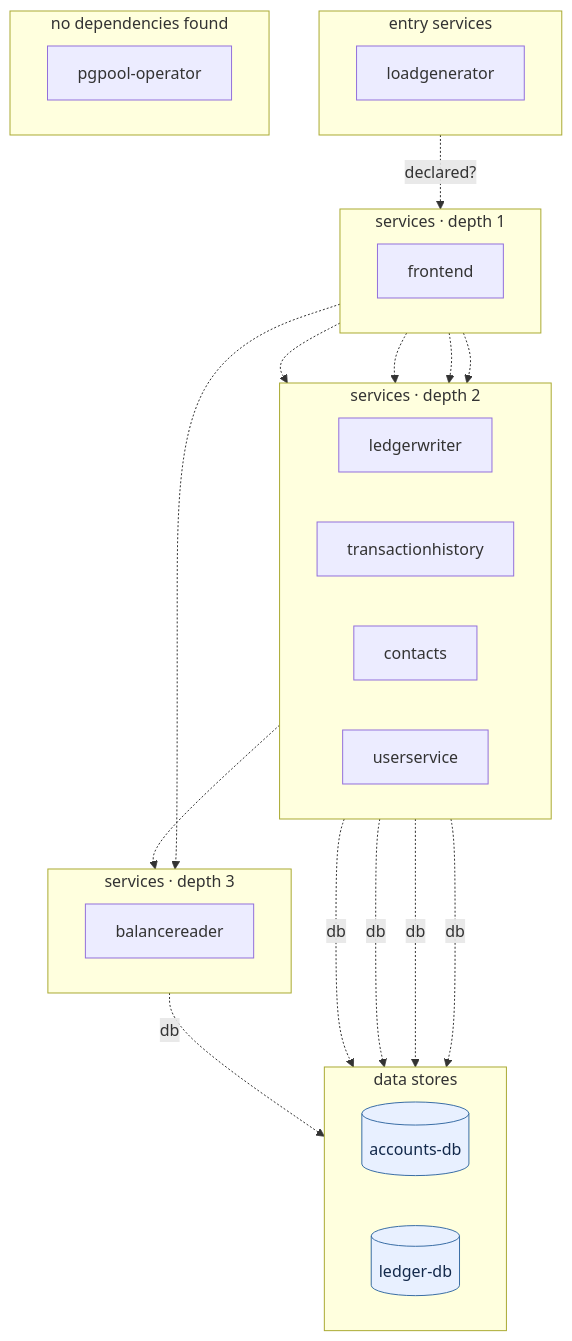
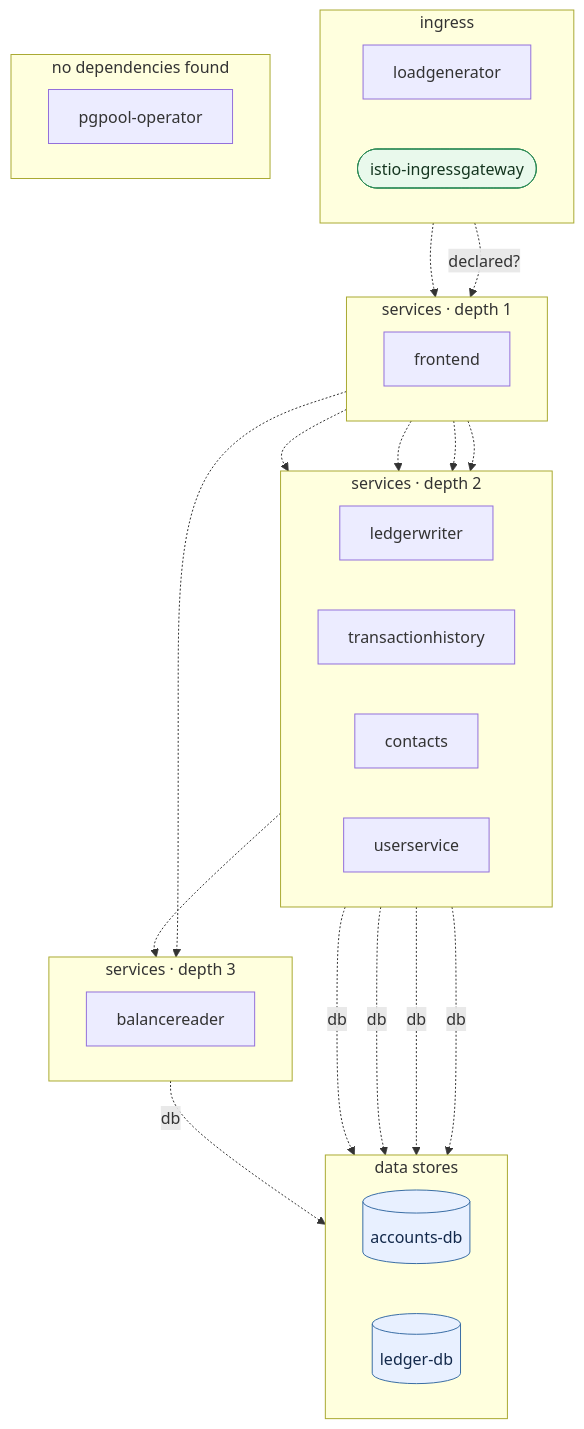
Before and after one commit to ANYuu531/ChatOps4Msa-Pipeline: the diagram in docs/generalization/bank-of-anthos.mmd, drawn with Mermaid. The commit also changed 92 other files, not shown here.

```diff
--- a/docs/generalization/bank-of-anthos.mmd
+++ b/docs/generalization/bank-of-anthos.mmd
@@ -1,45 +1,48 @@
 flowchart TB
 %% DepWeaver — microservice dependency graph
 %% solid arrow = observed at runtime (Istio) · dashed = declared in code/doc only
 %% node shape: [service] ([gateway]) [(db)] {{queue}} [/external/]
-  subgraph layer0 ["entry services"]
+  subgraph layer0 ["ingress"]
     direction LR
     loadgenerator["loadgenerator"]
+    istio_ingressgateway(["istio-ingressgateway"]):::gateway
   end
   subgraph layer1 ["services · depth 1"]
     direction LR
     frontend["frontend"]
   end
   subgraph layer2 ["services · depth 2"]
     direction LR
     ledgerwriter["ledgerwriter"]
     transactionhistory["transactionhistory"]
     contacts["contacts"]
     userservice["userservice"]
   end
   subgraph layer3 ["services · depth 3"]
     direction LR
     balancereader["balancereader"]
   end
   subgraph layer4 ["data stores"]
     direction LR
     accounts_db[("accounts-db")]:::db
     ledger_db[("ledger-db")]:::db
   end
   subgraph layer5 ["no dependencies found"]
     direction LR
     pgpool_operator["pgpool-operator"]
   end
   ledgerwriter -.-> balancereader
   frontend -.-> ledgerwriter
   frontend -.-> userservice
   frontend -.-> balancereader
   frontend -.-> transactionhistory
   frontend -.-> contacts
+  istio_ingressgateway -.-> frontend
   ledgerwriter -. db .-> ledger_db
   transactionhistory -. db .-> ledger_db
   loadgenerator -. declared? .-> frontend
   balancereader -. db .-> ledger_db
   contacts -. db .-> accounts_db
   userservice -. db .-> accounts_db
 classDef db fill:#e8f0ff,stroke:#3a6ea5,color:#13294b;
+classDef gateway fill:#e9f9ec,stroke:#2e8b57,color:#14351f;
```
